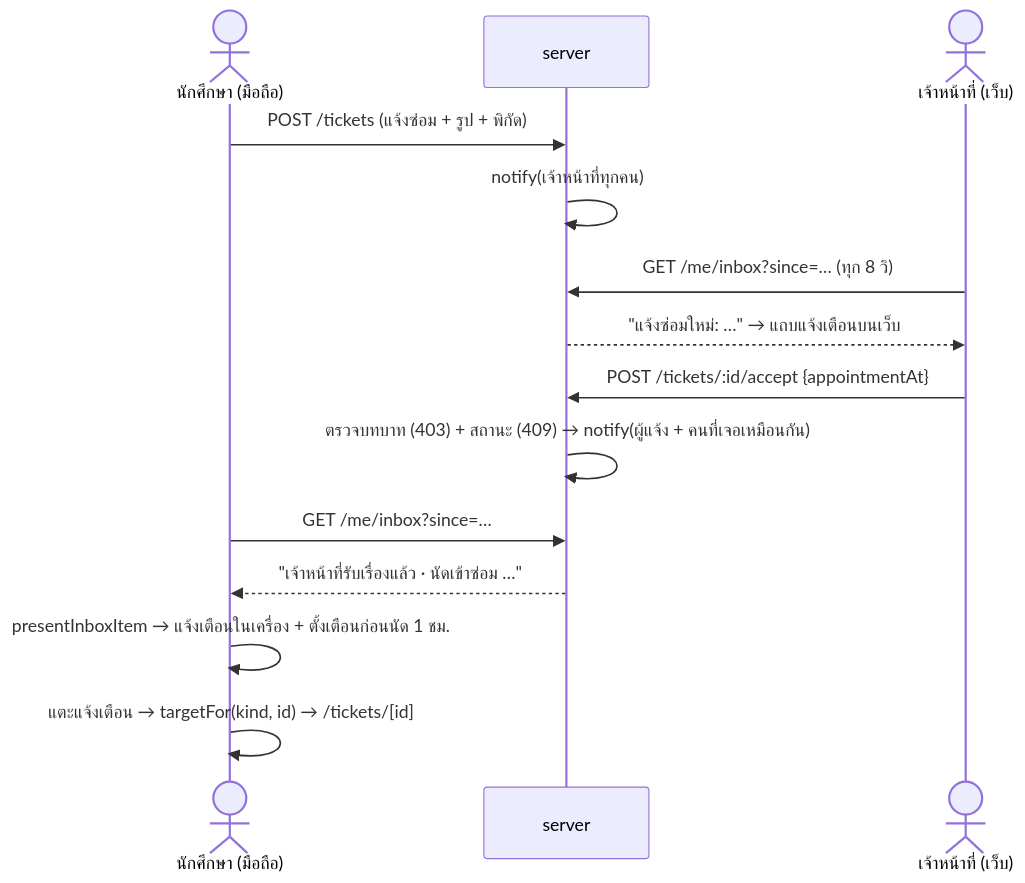
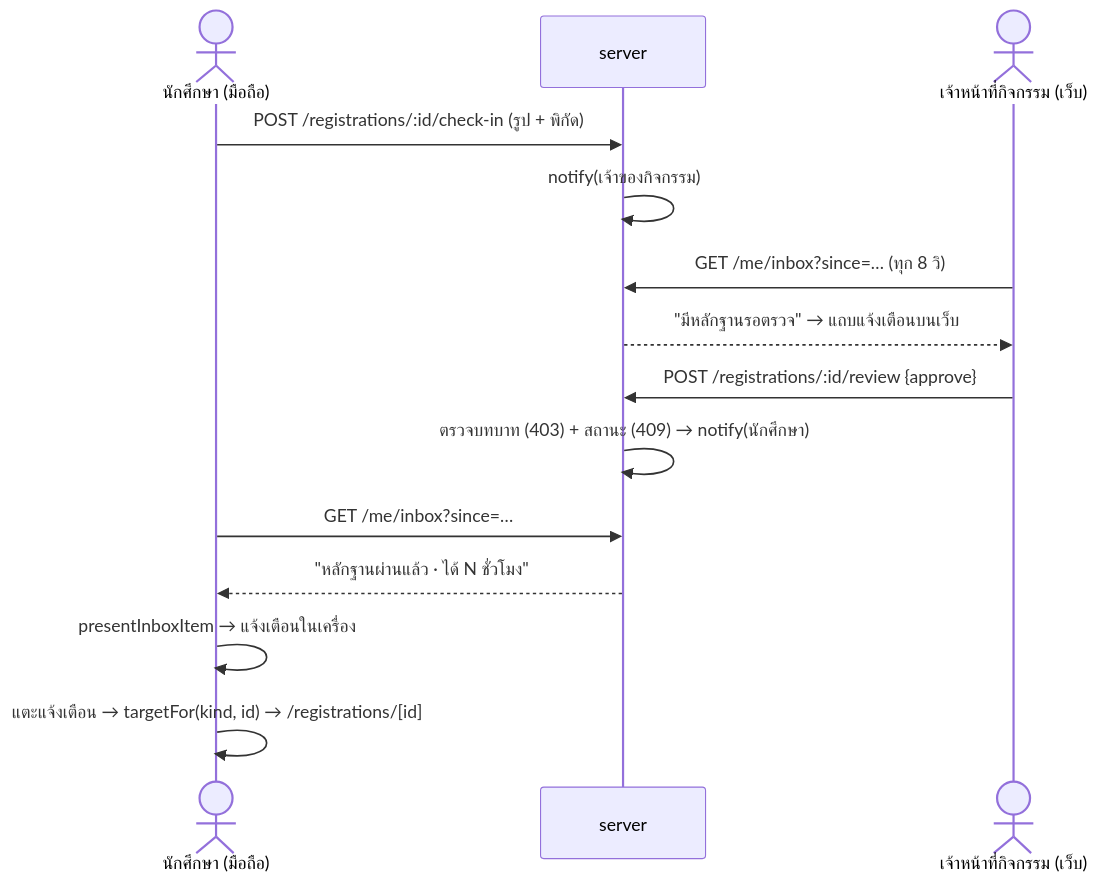
The third of 10 diagrams in docs/DIAGRAMS.md (phop01/Hybrid_Mobile_Assignment), drawn with Mermaid before and after one commit. The commit also changed other lines of this file and 59 other files, not shown here.

Commit message:
Remove repair tickets and facilities role; keep broadcasts and inbox in their own modules

````diff
--- a/docs/DIAGRAMS.md
+++ b/docs/DIAGRAMS.md
@@ -51,16 +42,16 @@
 ```mermaid
 sequenceDiagram
   actor S as นักศึกษา (มือถือ)
   participant API as server
-  actor O as เจ้าหน้าที่ (เว็บ)
-  S->>API: POST /tickets (แจ้งซ่อม + รูป + พิกัด)
-  API->>API: notify(เจ้าหน้าที่ทุกคน)
+  actor O as เจ้าหน้าที่กิจกรรม (เว็บ)
+  S->>API: POST /registrations/:id/check-in (รูป + พิกัด)
+  API->>API: notify(เจ้าของกิจกรรม)
   O->>API: GET /me/inbox?since=… (ทุก 8 วิ)
-  API-->>O: "แจ้งซ่อมใหม่: …" → แถบแจ้งเตือนบนเว็บ
-  O->>API: POST /tickets/:id/accept {appointmentAt}
-  API->>API: ตรวจบทบาท (403) + สถานะ (409) → notify(ผู้แจ้ง + คนที่เจอเหมือนกัน)
+  API-->>O: "มีหลักฐานรอตรวจ" → แถบแจ้งเตือนบนเว็บ
+  O->>API: POST /registrations/:id/review {approve}
+  API->>API: ตรวจบทบาท (403) + สถานะ (409) → notify(นักศึกษา)
   S->>API: GET /me/inbox?since=…
-  API-->>S: "เจ้าหน้าที่รับเรื่องแล้ว · นัดเข้าซ่อม …"
-  S->>S: presentInboxItem → แจ้งเตือนในเครื่อง + ตั้งเตือนก่อนนัด 1 ชม.
-  S->>S: แตะแจ้งเตือน → targetFor(kind, id) → /tickets/[id]
+  API-->>S: "หลักฐานผ่านแล้ว · ได้ N ชั่วโมง"
+  S->>S: presentInboxItem → แจ้งเตือนในเครื่อง
+  S->>S: แตะแจ้งเตือน → targetFor(kind, id) → /registrations/[id]
 ```
````
